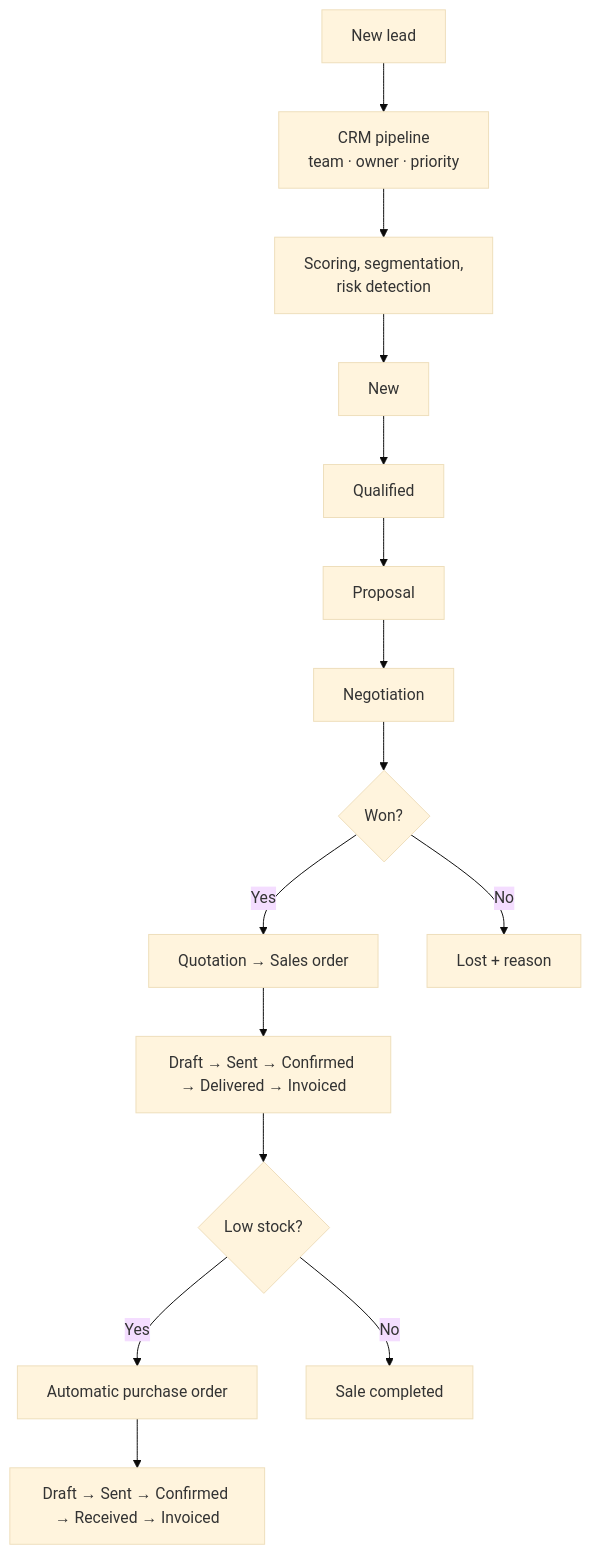
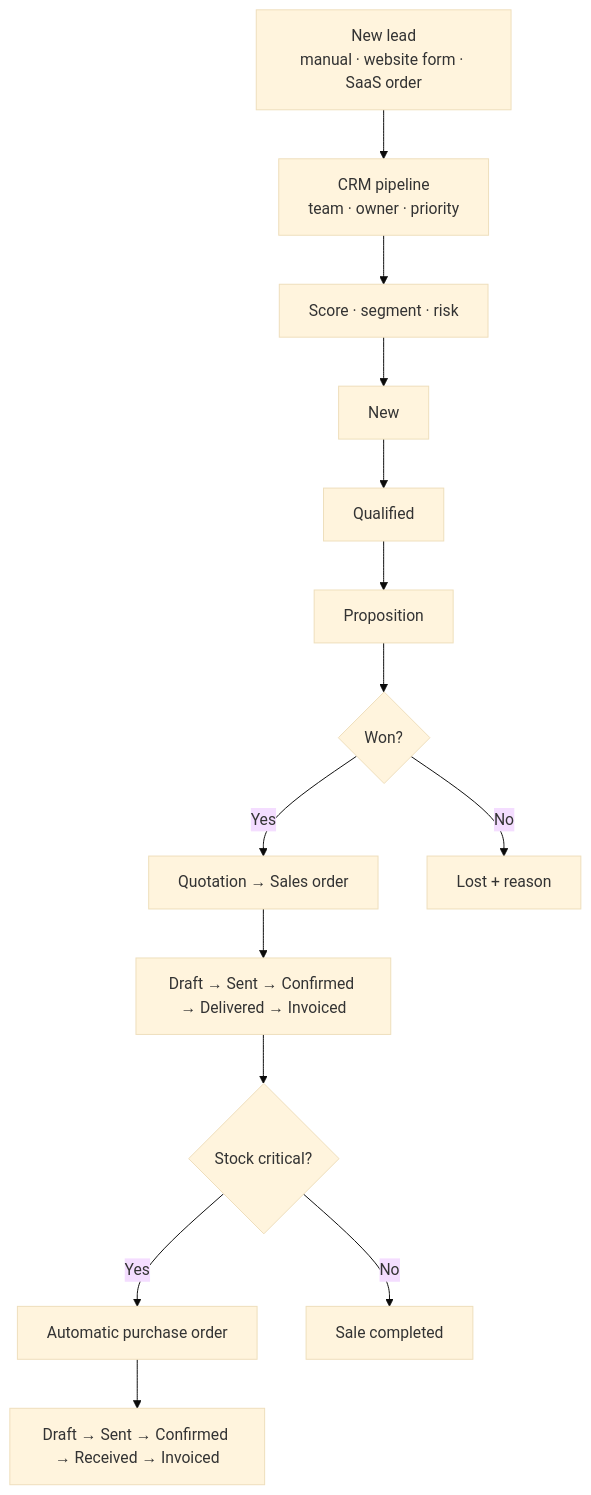
One commit to MohamedTrikii/ERP_CRM_Model_Odoo changed the diagram in README.md. Above: the diagram before and after it, drawn with Mermaid (base theme). The commit also changed other lines of this file and 13 other files, not shown here.

````diff
--- a/README.md
+++ b/README.md
@@ -41,14 +79,14 @@
 ```mermaid
 flowchart TD
-    A[New lead] --> B[CRM pipeline<br/>team · owner · priority]
-    B --> C[Scoring, segmentation,<br/>risk detection]
-    C --> D1[New] --> D2[Qualified] --> D3[Proposal] --> D4[Negotiation]
-    D4 --> E{Won?}
+    A[New lead<br/>manual · website form · SaaS order] --> B[CRM pipeline<br/>team · owner · priority]
+    B --> C[Score · segment · risk]
+    C --> D1[New] --> D2[Qualified] --> D3[Proposition]
+    D3 --> E{Won?}
     E -- Yes --> G[Quotation → Sales order]
     G --> H[Draft → Sent → Confirmed → Delivered → Invoiced]
     E -- No --> I[Lost + reason]
-    H --> K{Low stock?}
+    H --> K{Stock critical?}
     K -- Yes --> L[Automatic purchase order]
     L --> M[Draft → Sent → Confirmed → Received → Invoiced]
     K -- No --> N[Sale completed]
 ```
````
